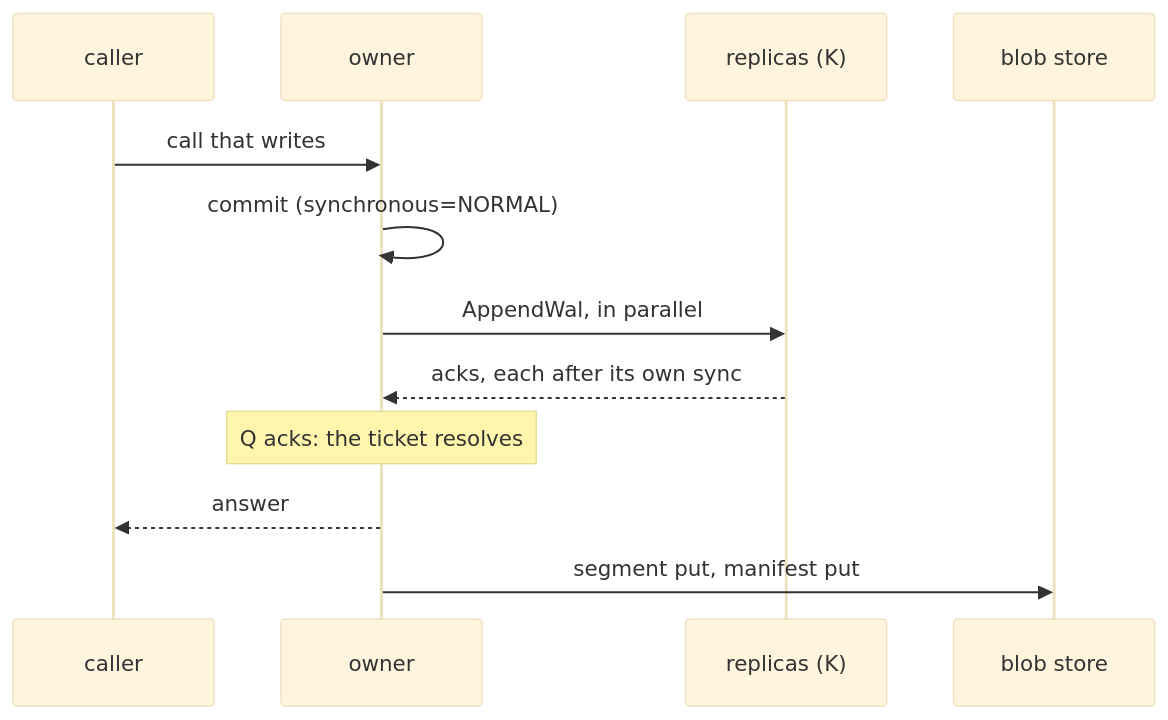
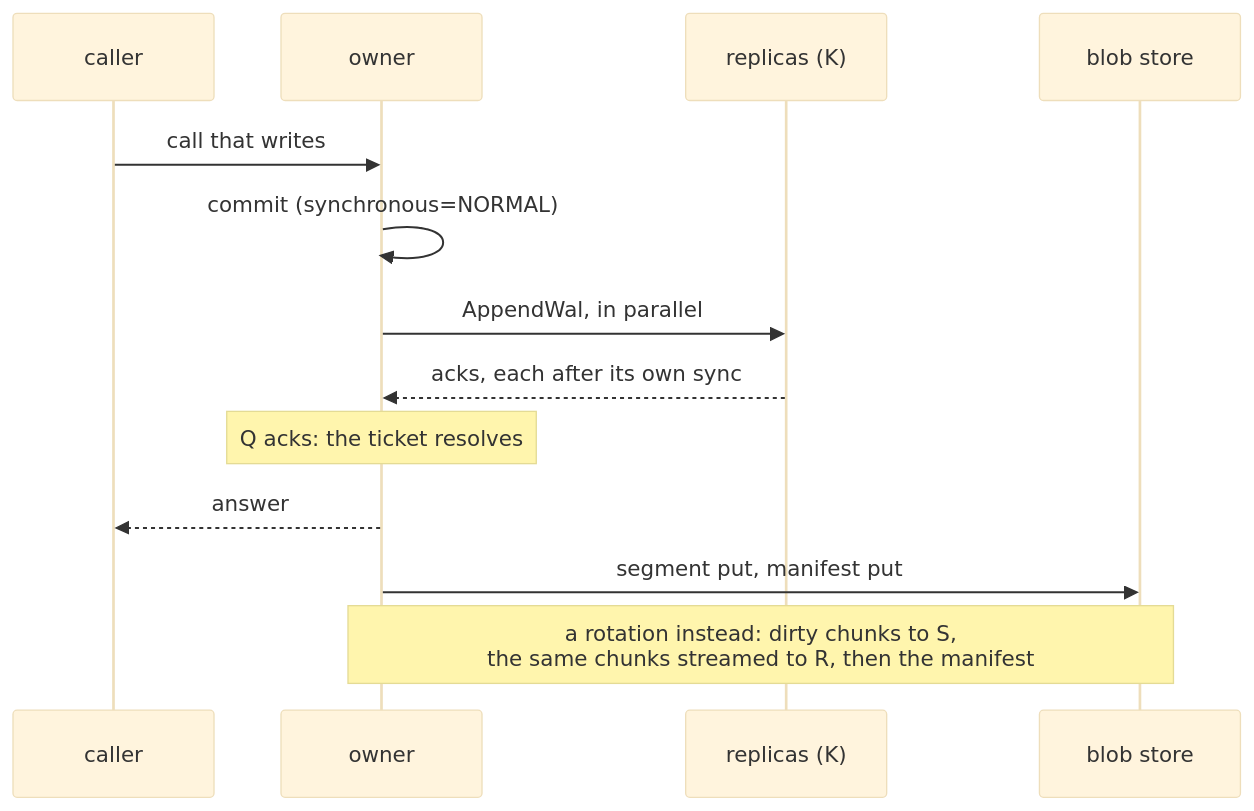
One commit to JSH32/actias changed the third of 4 diagrams in actias-web/src/content/docs/internals/placement.mdx. Above: the diagram before and after it, drawn with Mermaid (base theme). The commit also changed other lines of this file and 23 other files, not shown here.

````diff
--- a/actias-web/src/content/docs/internals/placement.mdx
+++ b/actias-web/src/content/docs/internals/placement.mdx
@@ -67,14 +67,15 @@
 ```mermaid
 sequenceDiagram
     participant C as caller
     participant O as owner
     participant R as replicas (K)
     participant S as blob store
     C->>O: call that writes
     O->>O: commit (synchronous=NORMAL)
     O->>R: AppendWal, in parallel
     R-->>O: acks, each after its own sync
     Note over O: Q acks: the ticket resolves
     O-->>C: answer
     O->>S: segment put, manifest put
+    Note over O,S: a rotation instead: dirty chunks to S,<br/>the same chunks streamed to R, then the manifest
 ```
````
